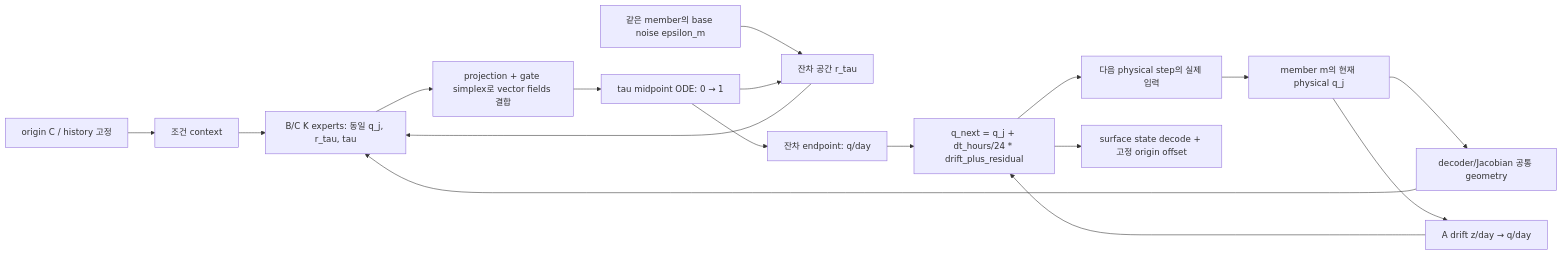
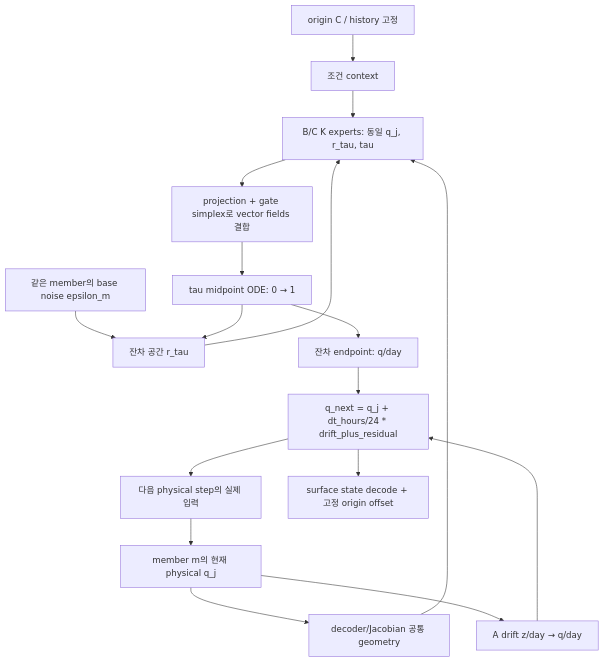
The second of 3 diagrams in struct-picture/16-separate-a-information-process.md (nayehyeon61-glitch/climate_diffusion), drawn with Mermaid before and after one commit. The commit also changed other lines of this file and 21 other files, not shown here.

````diff
--- a/struct-picture/16-separate-a-information-process.md
+++ b/struct-picture/16-separate-a-information-process.md
@@ -40,19 +42,19 @@
 ```mermaid
-flowchart LR
+flowchart TB
     C0["origin C / history 고정"] --> CT["조건 context"]
     Q["member m의 현재 physical q_j"] --> GEO["decoder/Jacobian 공통 geometry"]
     N["같은 member의 base noise epsilon_m"] --> RT["잔차 공간 r_tau"]
     RT --> K["B/C K experts: 동일 q_j, r_tau, tau"]
     CT --> K
     GEO --> K
     K --> G["projection + gate simplex로 vector fields 결합"]
     G --> TAU["tau midpoint ODE: 0 → 1"]
     TAU --> RT
     TAU --> R1["잔차 endpoint: q/day"]
     Q --> D["A drift z/day → q/day"]
     R1 --> STEP["q_next = q_j + dt_hours/24 * drift_plus_residual"]
     D --> STEP
     STEP --> NEXT["다음 physical step의 실제 입력"]
     NEXT --> Q
     STEP --> DEC["surface state decode + 고정 origin offset"]
 ```
````
